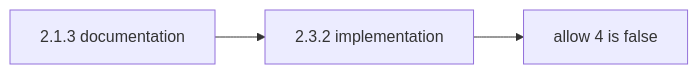
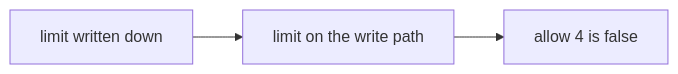
The second of 2 diagrams in content/modules/6/6.7/lessons/02-model.md (ishitvagoel/LearnSecurity), drawn with Mermaid before and after one commit. The commit also changed other lines of this file and 55 other files, not shown here.

````diff
--- a/content/modules/6/6.7/lessons/02-model.md
+++ b/content/modules/6/6.7/lessons/02-model.md
@@ -25,5 +26,5 @@
 ```mermaid
 flowchart LR
-  Doc["2.1.3 documentation"] --> Impl["2.3.2 implementation"]
+  Doc[limit written down] --> Impl[limit on the write path]
   Impl --> Test[allow 4 is false]
 ```
````
